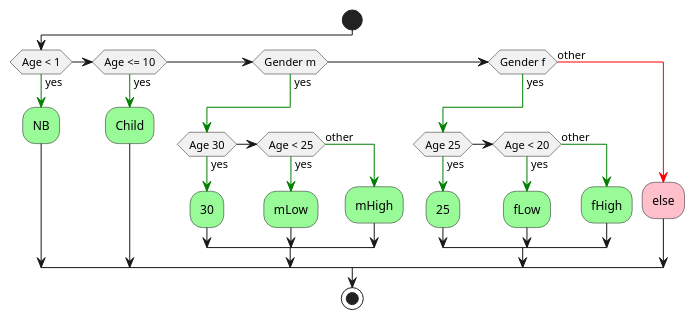
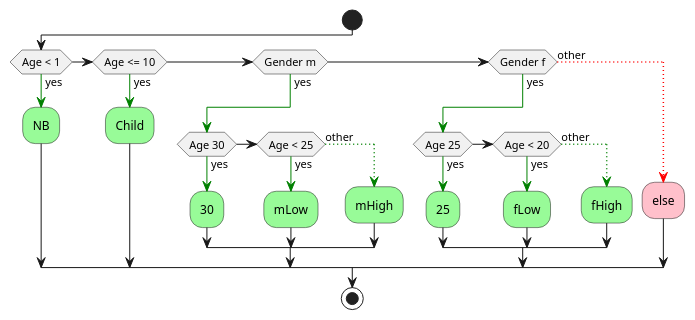
One commit to GiovaniPM/DMNTests changed the diagram in PlantUML/StrIntegerDecisionStringOutputTable.pu. Above: the diagram before and after it, drawn with PlantUML.

Commit message:
giova(DESKTOP-PG18CKU) 210201163701

```diff
--- a/PlantUML/StrIntegerDecisionStringOutputTable.pu
+++ b/PlantUML/StrIntegerDecisionStringOutputTable.pu
@@ -1,39 +1,39 @@
 @startuml
 '!pragma useVerticalIf on
 start
 if (Age < 1) then (yes)
     -[#green]->
     #palegreen:NB;
 elseif (Age <= 10) then (yes)
     -[#green]->
     #palegreen:Child;
 elseif (Gender m) then (yes)
     -[#green]->
     if (Age 30) then (yes)
         -[#green]->
         #palegreen:30;
     elseif (Age < 25) then (yes)
         -[#green]->
         #palegreen:mLow;
     else (other)
-        -[#green]->
+        -[#green,dotted]->
         #palegreen:mHigh;
     endif
 elseif (Gender f) then (yes)
     -[#green]->
     if (Age 25) then (yes)
         -[#green]->
         #palegreen:25;
     elseif (Age < 20) then (yes)
         -[#green]->
         #palegreen:fLow;
     else (other)
-        -[#green]->
+        -[#green,dotted]->
         #palegreen:fHigh;
     endif
 else (other)
-    -[#red]->
+    -[#red,dotted]->
     #pink:else;
 endif
 stop
 @enduml
```
